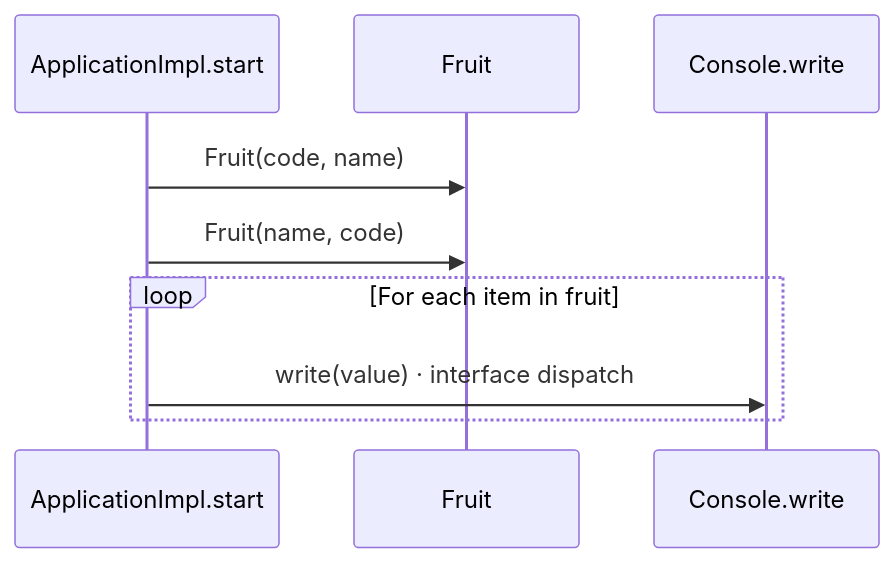
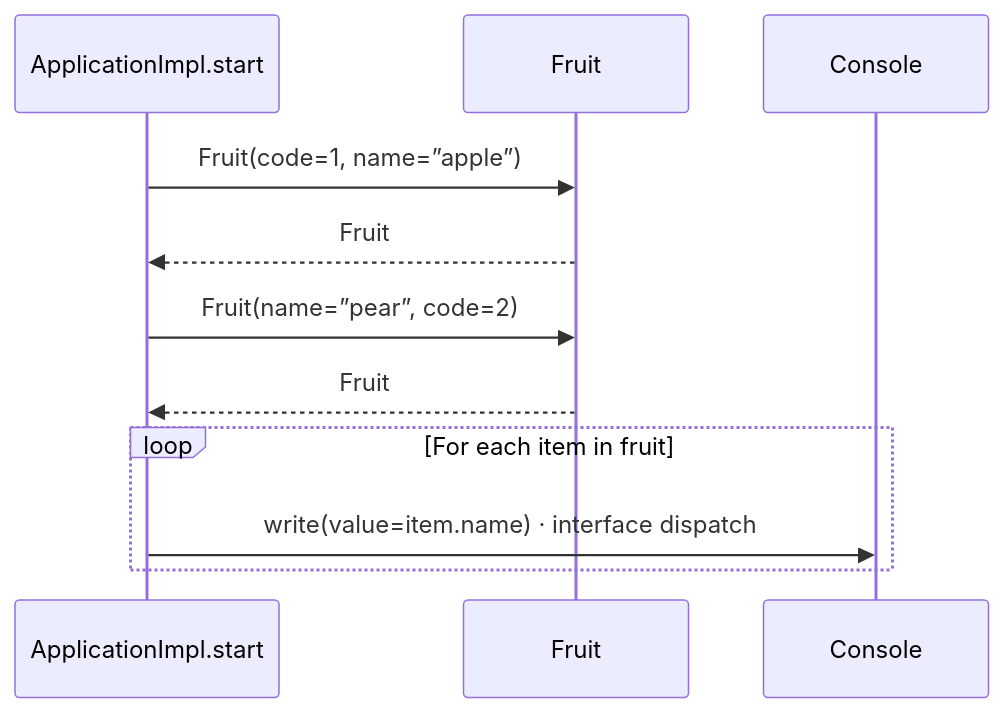
One commit to GreenPandaStudios/augscript changed the third of 3 diagrams in docs/examples/approved-design/domain/app-diagrams.md. Above: the diagram before and after it, drawn with Mermaid. The commit also changed other lines of this file and 524 other files, not shown here.

Commit message:
Explain checked data flow at folder and service levels

````diff
--- a/docs/examples/approved-design/domain/app-diagrams.md
+++ b/docs/examples/approved-design/domain/app-diagrams.md
@@ -79,11 +68,13 @@
 ```mermaid
 sequenceDiagram
     participant p0 as ApplicationImpl.start
     participant p1 as Fruit
-    participant p2 as Console.write
-    p0->>p1: Fruit(code, name)
-    p0->>p1: Fruit(name, code)
+    participant p2 as Console
+    p0->>p1: Fruit(code=1, name=”apple”)
+    p1-->>p0: Fruit
+    p0->>p1: Fruit(name=”pear”, code=2)
+    p1-->>p0: Fruit
     loop For each item in fruit
-    p0->>p2: write(value) · interface dispatch
+    p0->>p2: write(value=item.name) · interface dispatch
     end
 ```
````
